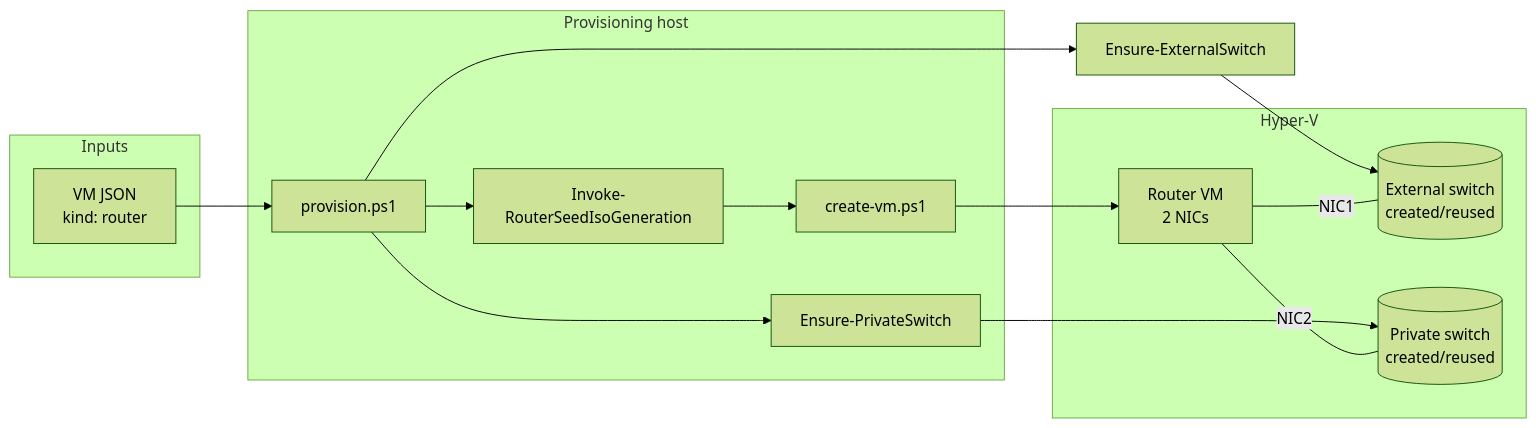
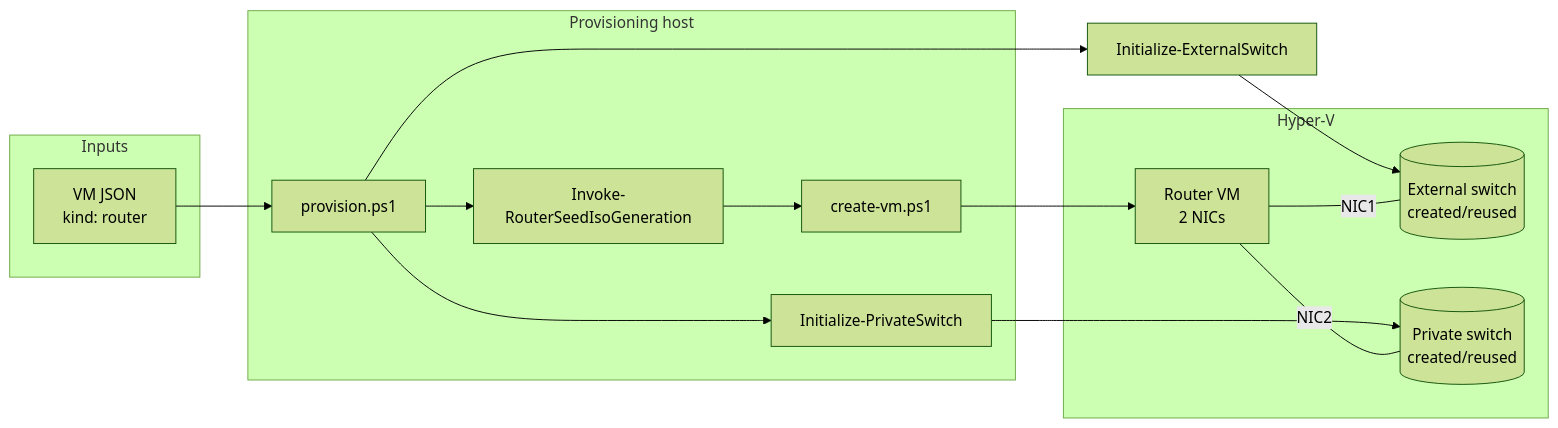
One commit to Klark-Morrigan/Infrastructure-Vm-Provisioner changed the first of 3 diagrams in docs/dev/implementation/53 - nat router vm/plan.md. Above: the diagram before and after it, drawn with Mermaid (forest theme). The commit also changed other lines of this file and 10 other files, not shown here.

````diff
--- a/docs/dev/implementation/53 - nat router vm/plan.md
+++ b/docs/dev/implementation/53 - nat router vm/plan.md
@@ -152,25 +152,25 @@
 ```mermaid
 flowchart LR
   subgraph Inputs
     CFG[VM JSON<br/>kind: router]
   end
   subgraph Host[Provisioning host]
     PRV[provision.ps1]
-    EPS[Ensure-PrivateSwitch]
+    EPS[Initialize-PrivateSwitch]
     SEED[Invoke-RouterSeedIsoGeneration]
     CRT[create-vm.ps1]
   end
   subgraph Hyperv[Hyper-V]
     EXT[(External switch<br/>created/reused)]
     PSW[(Private switch<br/>created/reused)]
     RVM[Router VM<br/>2 NICs]
   end
   CFG --> PRV
-  PRV --> EES[Ensure-ExternalSwitch] --> EXT
+  PRV --> EES[Initialize-ExternalSwitch] --> EXT
   PRV --> EPS --> PSW
   PRV --> SEED
   SEED --> CRT
   CRT --> RVM
   RVM -- NIC1 --- EXT
   RVM -- NIC2 --- PSW
 ```
````
